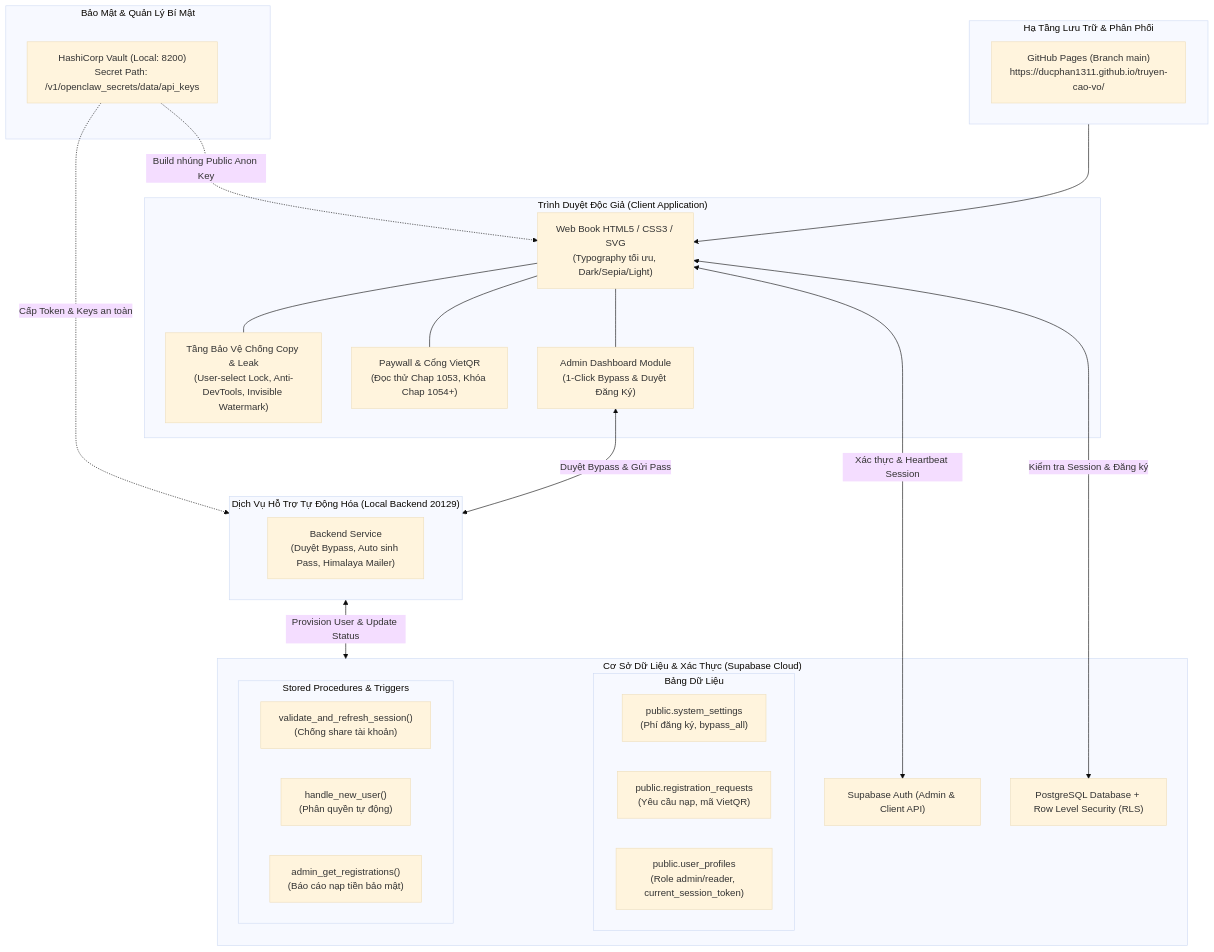
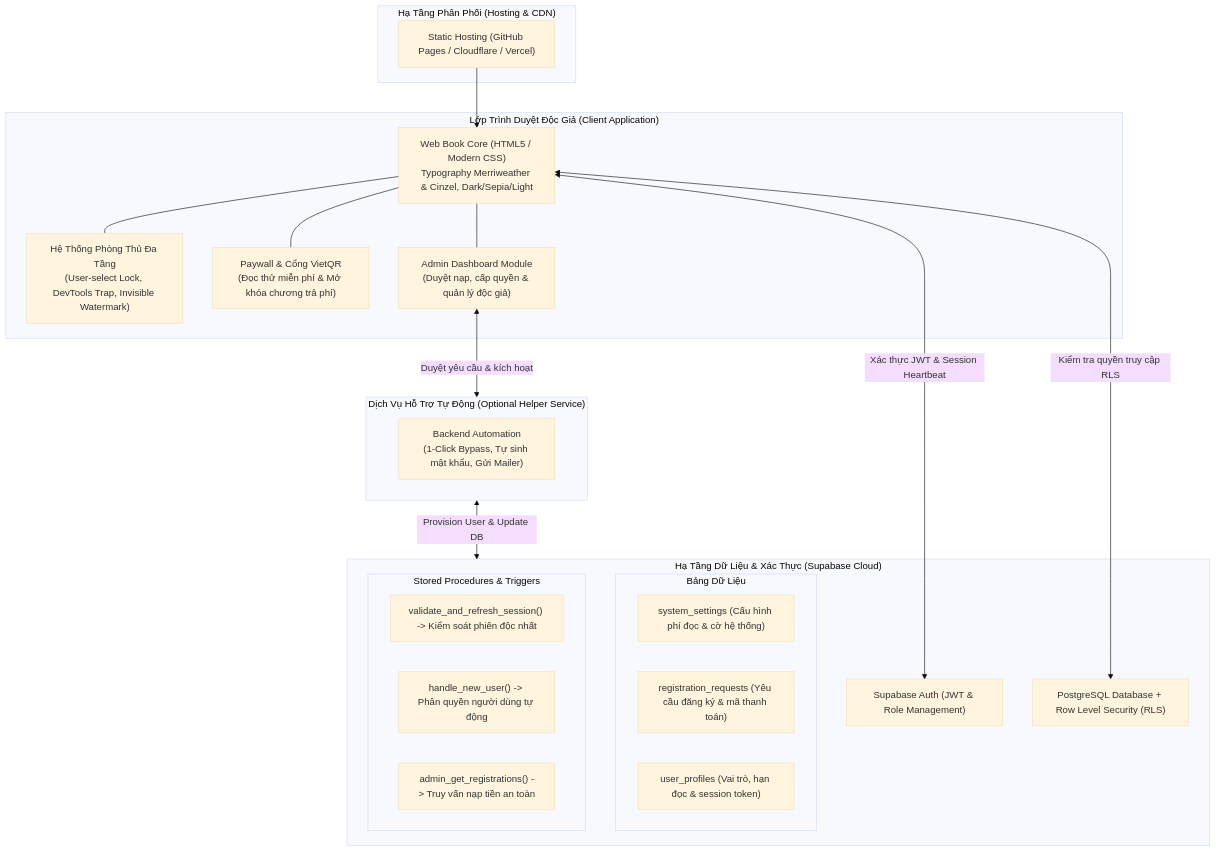
The diagram in README.md (ducphan1311/truyen-cao-vo), drawn with Mermaid (base theme) before and after one commit. The commit also changed other lines of this file, not shown here.

Commit message:
Refactor README into generic open-source community WebNovel Secure Reader Engine

````diff
--- a/README.md
+++ b/README.md
@@ -13,50 +26,43 @@
 ```mermaid
 flowchart TB
-    subgraph Client["Trình Duyệt Độc Giả (Client Application)"]
-        UI["Web Book HTML5 / CSS3 / SVG<br/>(Typography tối ưu, Dark/Sepia/Light)"]
-        SecLayer["Tầng Bảo Vệ Chống Copy & Leak<br/>(User-select Lock, Anti-DevTools, Invisible Watermark)"]
-        Paywall["Paywall & Cổng VietQR<br/>(Đọc thử Chap 1053, Khóa Chap 1054+)"]
-        AdminUI["Admin Dashboard Module<br/>(1-Click Bypass & Duyệt Đăng Ký)"]
+    subgraph ClientLayer["Lớp Trình Duyệt Độc Giả (Client Application)"]
+        UI["Web Book Core (HTML5 / Modern CSS)<br/>Typography Merriweather & Cinzel, Dark/Sepia/Light"]
+        DRMLayer["Hệ Thống Phòng Thủ Đa Tầng<br/>(User-select Lock, DevTools Trap, Invisible Watermark)"]
+        PaywallMod["Paywall & Cổng VietQR<br/>(Đọc thử miễn phí & Mở khóa chương trả phí)"]
+        AdminMod["Admin Dashboard Module<br/>(Duyệt nạp, cấp quyền & quản lý độc giả)"]
     end
 
-    subgraph Hosting["Hạ Tầng Lưu Trữ & Phân Phối"]
-        GHPages["GitHub Pages (Branch main)<br/>https://ducphan1311.github.io/truyen-cao-vo/"]
+    subgraph HostingLayer["Hạ Tầng Phân Phối (Hosting & CDN)"]
+        EdgePages["Static Hosting (GitHub Pages / Cloudflare / Vercel)"]
     end
 
-    subgraph VaultInfra["Bảo Mật & Quản Lý Bí Mật"]
-        HVault["HashiCorp Vault (Local: 8200)<br/>Secret Path: /v1/openclaw_secrets/data/api_keys"]
-    end
-
-    subgraph SupabaseCloud["Cơ Sở Dữ Liệu & Xác Thực (Supabase Cloud)"]
-        AuthService["Supabase Auth (Admin & Client API)"]
-        DBPostgres["PostgreSQL Database + Row Level Security (RLS)"]
-        subgraph Tables["Bảng Dữ Liệu"]
-            T1["public.system_settings<br/>(Phí đăng ký, bypass_all)"]
-            T2["public.registration_requests<br/>(Yêu cầu nạp, mã VietQR)"]
-            T3["public.user_profiles<br/>(Role admin/reader, current_session_token)"]
+    subgraph CloudBackend["Hạ Tầng Dữ Liệu & Xác Thực (Supabase Cloud)"]
+        AuthService["Supabase Auth (JWT & Role Management)"]
+        PostgresDB["PostgreSQL Database + Row Level Security (RLS)"]
+        subgraph Schema["Bảng Dữ Liệu"]
+            T1["system_settings (Cấu hình phí đọc & cờ hệ thống)"]
+            T2["registration_requests (Yêu cầu đăng ký & mã thanh toán)"]
+            T3["user_profiles (Vai trò, hạn đọc & session token)"]
         end
-        subgraph RPCs["Stored Procedures & Triggers"]
-            F1["validate_and_refresh_session()<br/>(Chống share tài khoản)"]
-            F2["handle_new_user()<br/>(Phân quyền tự động)"]
-            F3["admin_get_registrations()<br/>(Báo cáo nạp tiền bảo mật)"]
+        subgraph StoredProcs["Stored Procedures & Triggers"]
+            F1["validate_and_refresh_session() -> Kiểm soát phiên độc nhất"]
+            F2["handle_new_user() -> Phân quyền người dùng tự động"]
+            F3["admin_get_registrations() -> Truy vấn nạp tiền an toàn"]
         end
     end
 
-    subgraph LocalBackend["Dịch Vụ Hỗ Trợ Tự Động Hóa (Local Backend 20129)"]
-        AutoService["Backend Service<br/>(Duyệt Bypass, Auto sinh Pass, Himalaya Mailer)"]
+    subgraph AutomationService["Dịch Vụ Hỗ Trợ Tự Động (Optional Helper Service)"]
+        MailerBot["Backend Automation<br/>(1-Click Bypass, Tự sinh mật khẩu, Gửi Mailer)"]
     end
 
-    %% Luồng liên kết
-    Hosting --> UI
-    UI --- SecLayer
-    UI --- Paywall
-    UI --- AdminUI
+    %% Luồng dữ liệu
+    EdgePages --> UI
+    UI --- DRMLayer
+    UI --- PaywallMod
+    UI --- AdminMod
 
-    HVault -.->|"Cấp Token & Keys an toàn"| LocalBackend
-    HVault -.->|"Build nhúng Public Anon Key"| UI
-
-    UI <-->|"Xác thực & Heartbeat Session"| AuthService
-    UI <-->|"Kiểm tra Session & Đăng ký"| DBPostgres
-    AdminUI <-->|"Duyệt Bypass & Gửi Pass"| LocalBackend
-    LocalBackend <-->|"Provision User & Update Status"| SupabaseCloud
+    UI <-->|"Xác thực JWT & Session Heartbeat"| AuthService
+    UI <-->|"Kiểm tra quyền truy cập RLS"| PostgresDB
+    AdminMod <-->|"Duyệt yêu cầu & kích hoạt"| AutomationService
+    AutomationService <-->|"Provision User & Update DB"| CloudBackend
 ```
````
